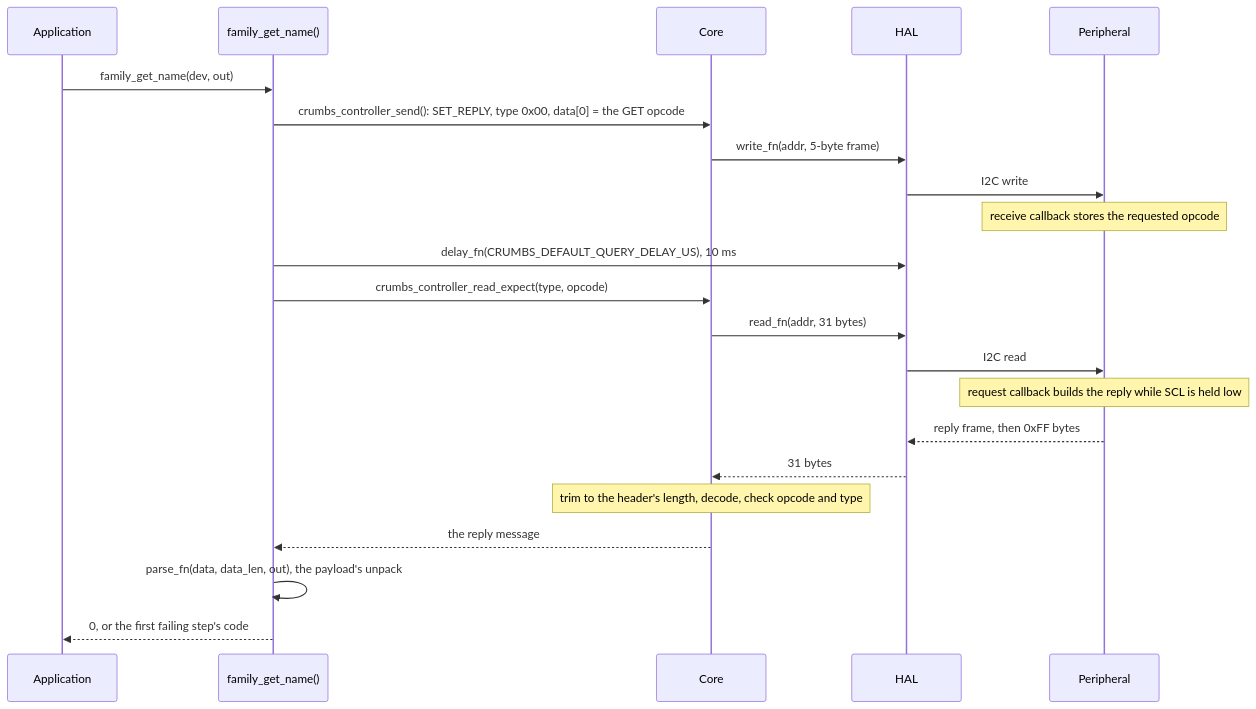
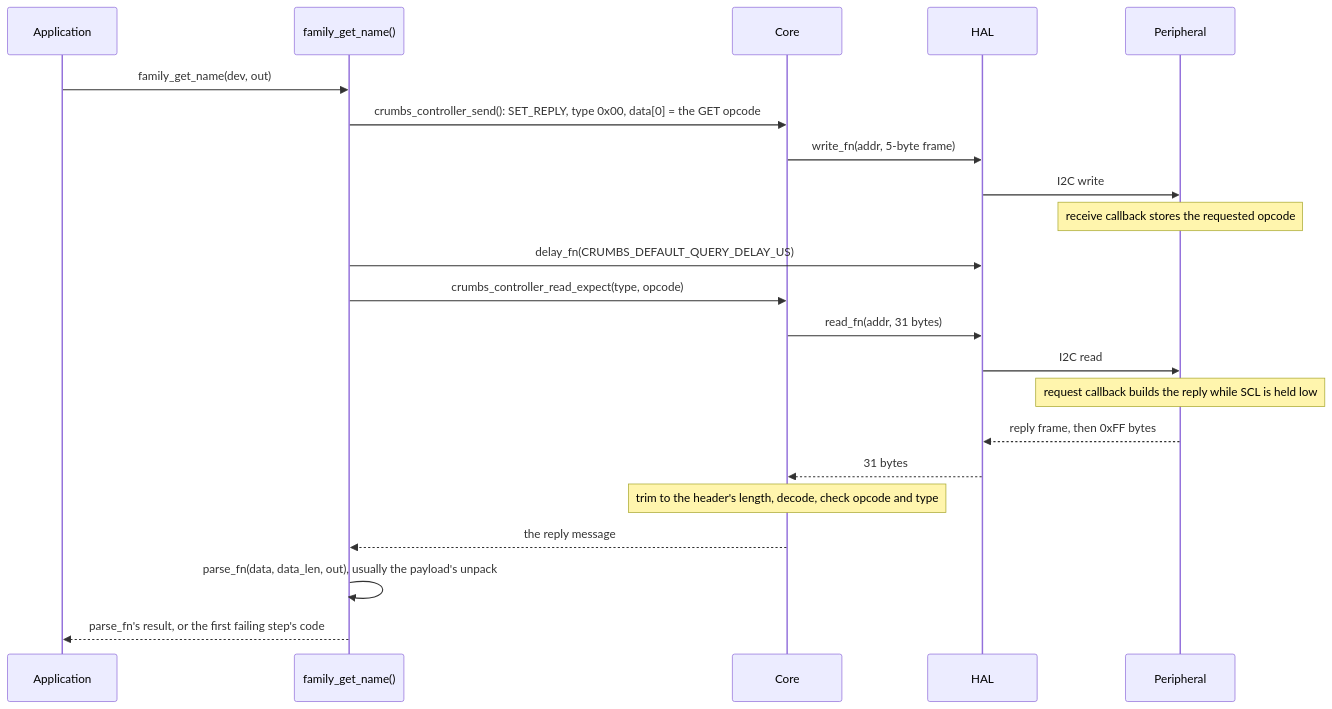
Before and after one commit to feastorg/CRUMBS: the third of 5 diagrams in docs/architecture.md, drawn with Mermaid. The commit also changed other lines of this file and 1 other file, not shown here.

First line of the commit message:
docs: name return codes and constants in the mermaid diagrams

````diff
--- a/docs/architecture.md
+++ b/docs/architecture.md
@@ -148,24 +148,24 @@
 ```mermaid
 sequenceDiagram
     participant App as Application
     participant Ops as family_get_name()
     participant Core as Core
     participant HAL as HAL
     participant P as Peripheral
     App->>Ops: family_get_name(dev, out)
     Ops->>Core: crumbs_controller_send(): SET_REPLY, type 0x00, data[0] = the GET opcode
     Core->>HAL: write_fn(addr, 5-byte frame)
     HAL->>P: I2C write
     Note over P: receive callback stores the requested opcode
-    Ops->>HAL: delay_fn(CRUMBS_DEFAULT_QUERY_DELAY_US), 10 ms
+    Ops->>HAL: delay_fn(CRUMBS_DEFAULT_QUERY_DELAY_US)
     Ops->>Core: crumbs_controller_read_expect(type, opcode)
     Core->>HAL: read_fn(addr, 31 bytes)
     HAL->>P: I2C read
     Note over P: request callback builds the reply while SCL is held low
     P-->>HAL: reply frame, then 0xFF bytes
     HAL-->>Core: 31 bytes
     Note over Core: trim to the header's length, decode, check opcode and type
     Core-->>Ops: the reply message
-    Ops->>Ops: parse_fn(data, data_len, out), the payload's unpack
-    Ops-->>App: 0, or the first failing step's code
+    Ops->>Ops: parse_fn(data, data_len, out), usually the payload's unpack
+    Ops-->>App: parse_fn's result, or the first failing step's code
 ```
````
